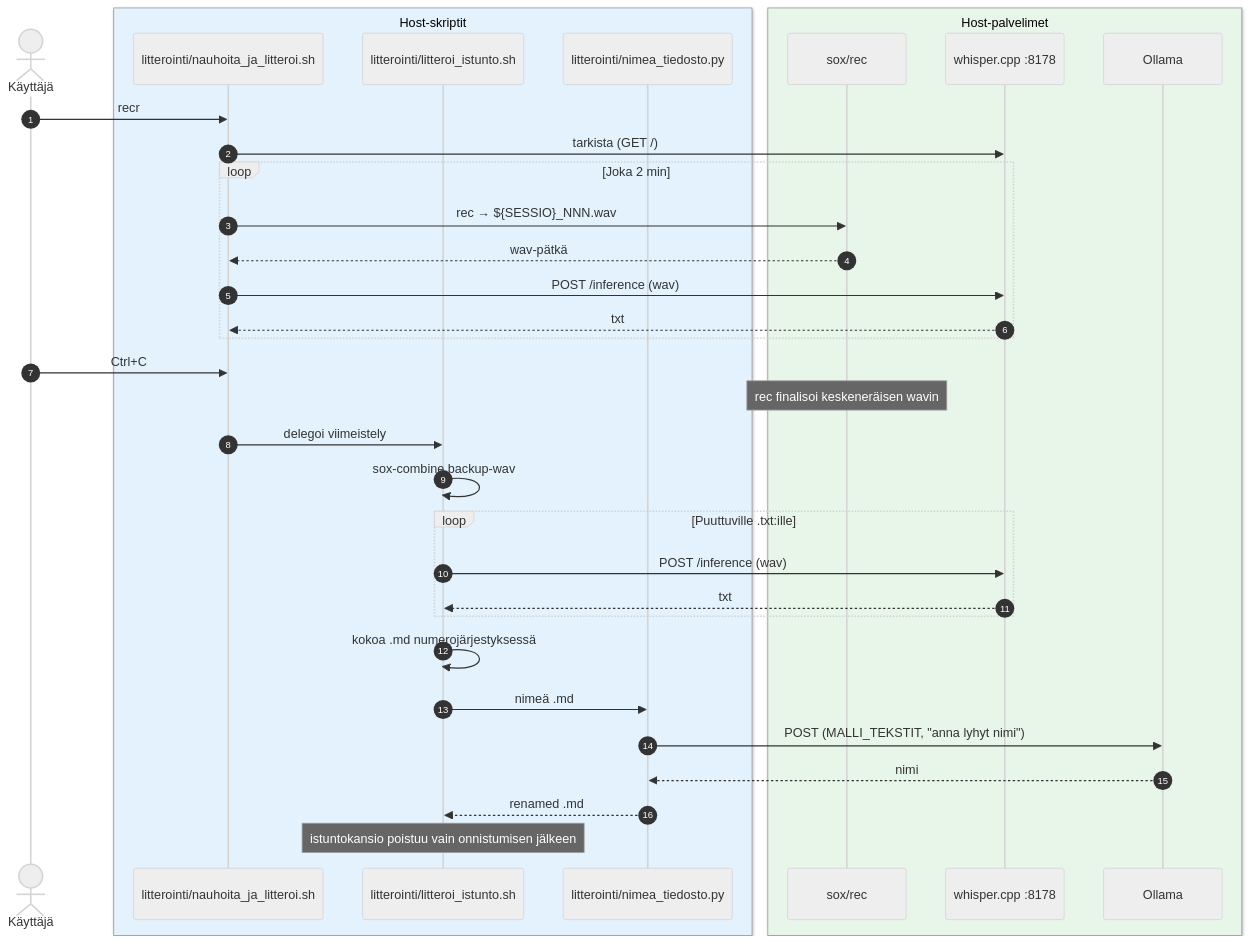
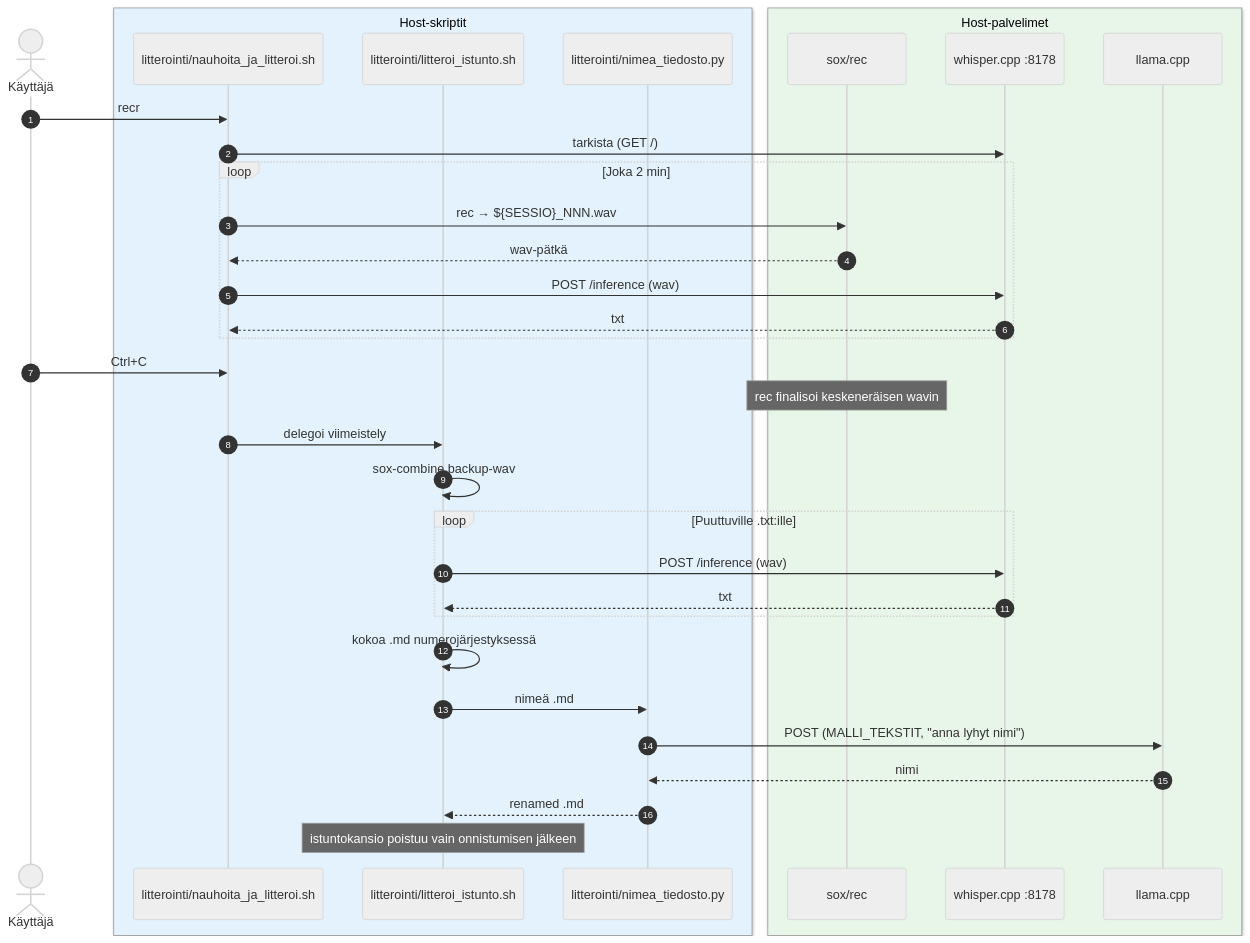
Before and after one commit to atonusgit/mactonus: the diagram in scripts/litterointi/README.md, drawn with Mermaid (neutral theme). The commit also changed other lines of this file and 19 other files, not shown here.

First line of the commit message:
Migroi Ollamasta llama.cpp:hen (OpenAI-yhteensopiva rajapinta)

````diff
--- a/scripts/litterointi/README.md
+++ b/scripts/litterointi/README.md
@@ -5,38 +5,38 @@
 ```mermaid
 sequenceDiagram
     autonumber
     actor U as Käyttäjä
     box rgb(227, 242, 253) Host-skriptit
         participant R as litterointi/nauhoita_ja_litteroi.sh
         participant T as litterointi/litteroi_istunto.sh
         participant RF as litterointi/nimea_tiedosto.py
     end
     box rgb(232, 245, 233) Host-palvelimet
         participant Rec as sox/rec
         participant W as whisper.cpp :8178
-        participant O as Ollama
+        participant O as llama.cpp
     end
 
     U->>R: recr
     R->>W: tarkista (GET /)
     loop Joka 2 min
         R->>Rec: rec → ${SESSIO}_NNN.wav
         Rec-->>R: wav-pätkä
         R->>W: POST /inference (wav)
         W-->>R: txt
     end
     U->>R: Ctrl+C
     Note over Rec: rec finalisoi keskeneräisen wavin
     R->>T: delegoi viimeistely
     T->>T: sox-combine backup-wav
     loop Puuttuville .txt:ille
         T->>W: POST /inference (wav)
         W-->>T: txt
     end
     T->>T: kokoa .md numerojärjestyksessä
     T->>RF: nimeä .md
     RF->>O: POST (MALLI_TEKSTIT, "anna lyhyt nimi")
     O-->>RF: nimi
     RF-->>T: renamed .md
     Note over T: istuntokansio poistuu vain onnistumisen jälkeen
 ```
````
